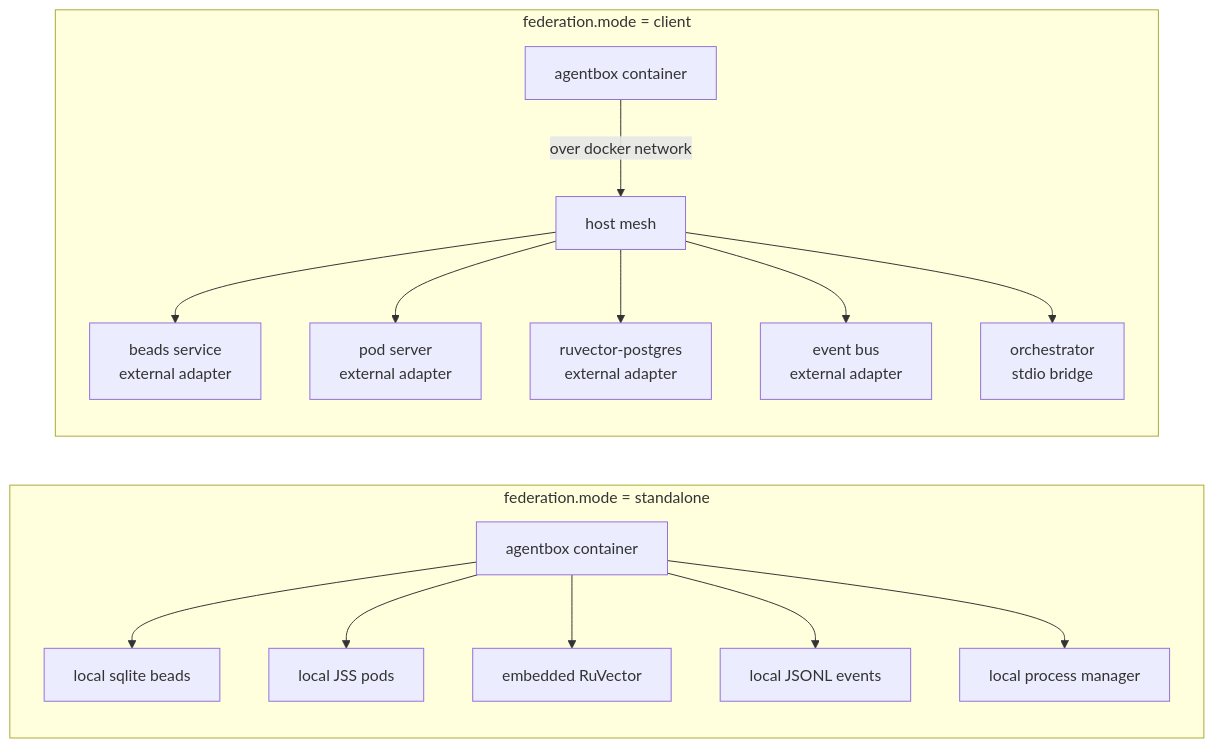
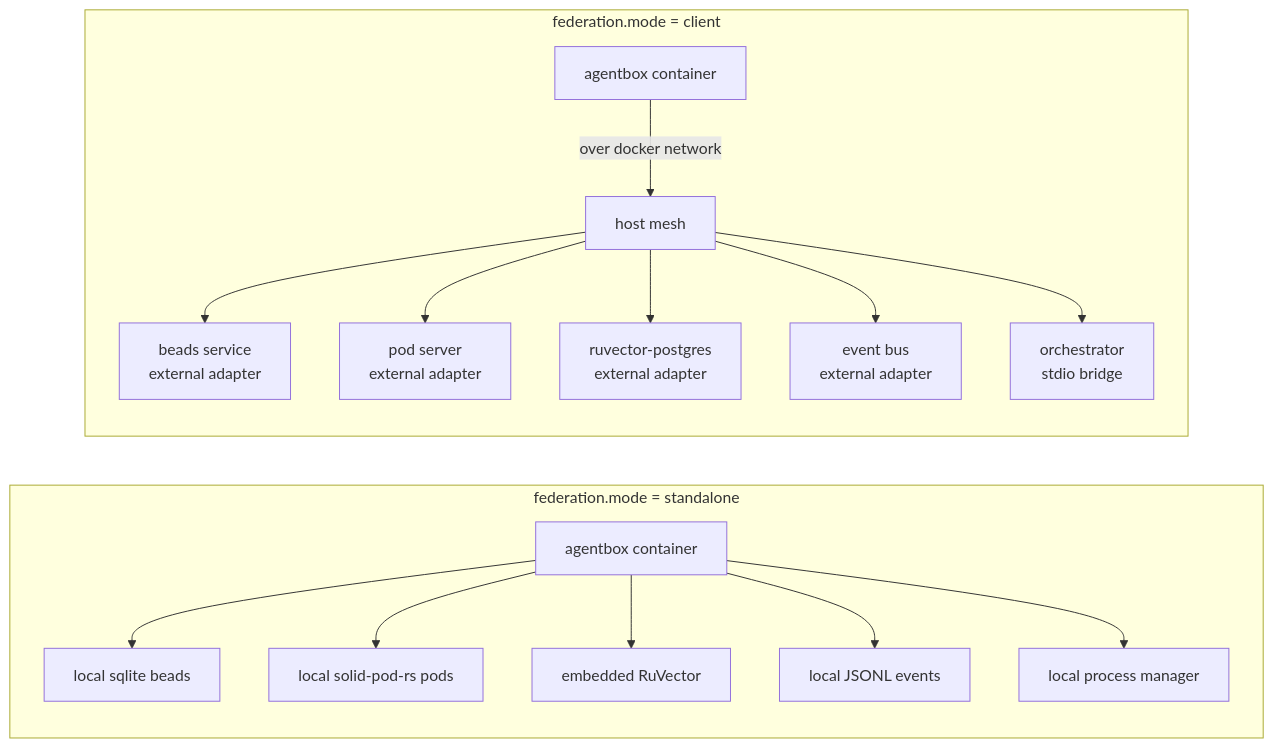
One commit to DreamLab-AI/agentbox changed the third of 3 diagrams in docs/reference/prd/PRD-001-capabilities-and-adapters.md. Above: the diagram before and after it, drawn with Mermaid. The commit also changed 11 other files, not shown here.

Commit message:
docs(diagrams): align mermaid diagrams to code ground truth; label aspirational flows and known gaps

````diff
--- a/docs/reference/prd/PRD-001-capabilities-and-adapters.md
+++ b/docs/reference/prd/PRD-001-capabilities-and-adapters.md
@@ -256,22 +256,22 @@
 ```mermaid
 flowchart LR
     subgraph standalone["federation.mode = standalone"]
         direction TB
         S_AB[agentbox container]
         S_AB --> S_B[local sqlite beads]
-        S_AB --> S_P[local JSS pods]
+        S_AB --> S_P[local solid-pod-rs pods]
         S_AB --> S_M[embedded RuVector]
         S_AB --> S_E[local JSONL events]
         S_AB --> S_O[local process manager]
     end
 
     subgraph federated["federation.mode = client"]
         direction TB
         F_AB[agentbox container] -->|over docker network| F_HOST[host mesh]
         F_HOST --> F_B[beads service<br/>external adapter]
         F_HOST --> F_P[pod server<br/>external adapter]
         F_HOST --> F_M[ruvector-postgres<br/>external adapter]
         F_HOST --> F_E[event bus<br/>external adapter]
         F_HOST --> F_O[orchestrator<br/>stdio bridge]
     end
 ```
````
